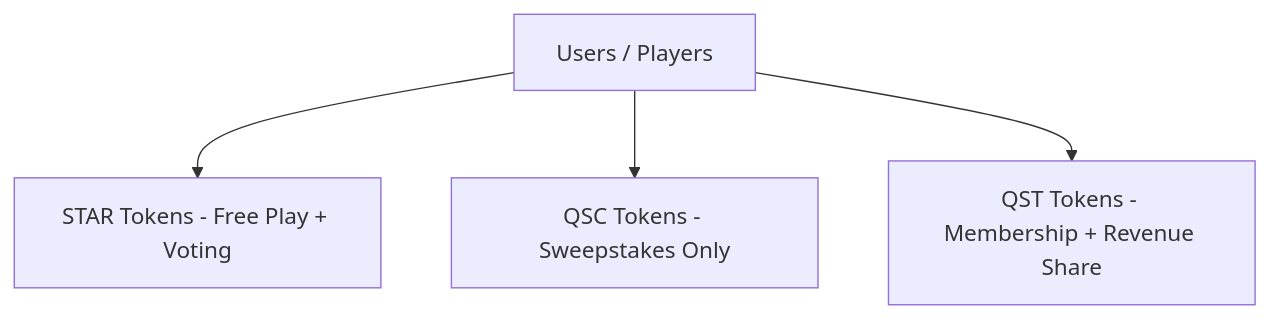
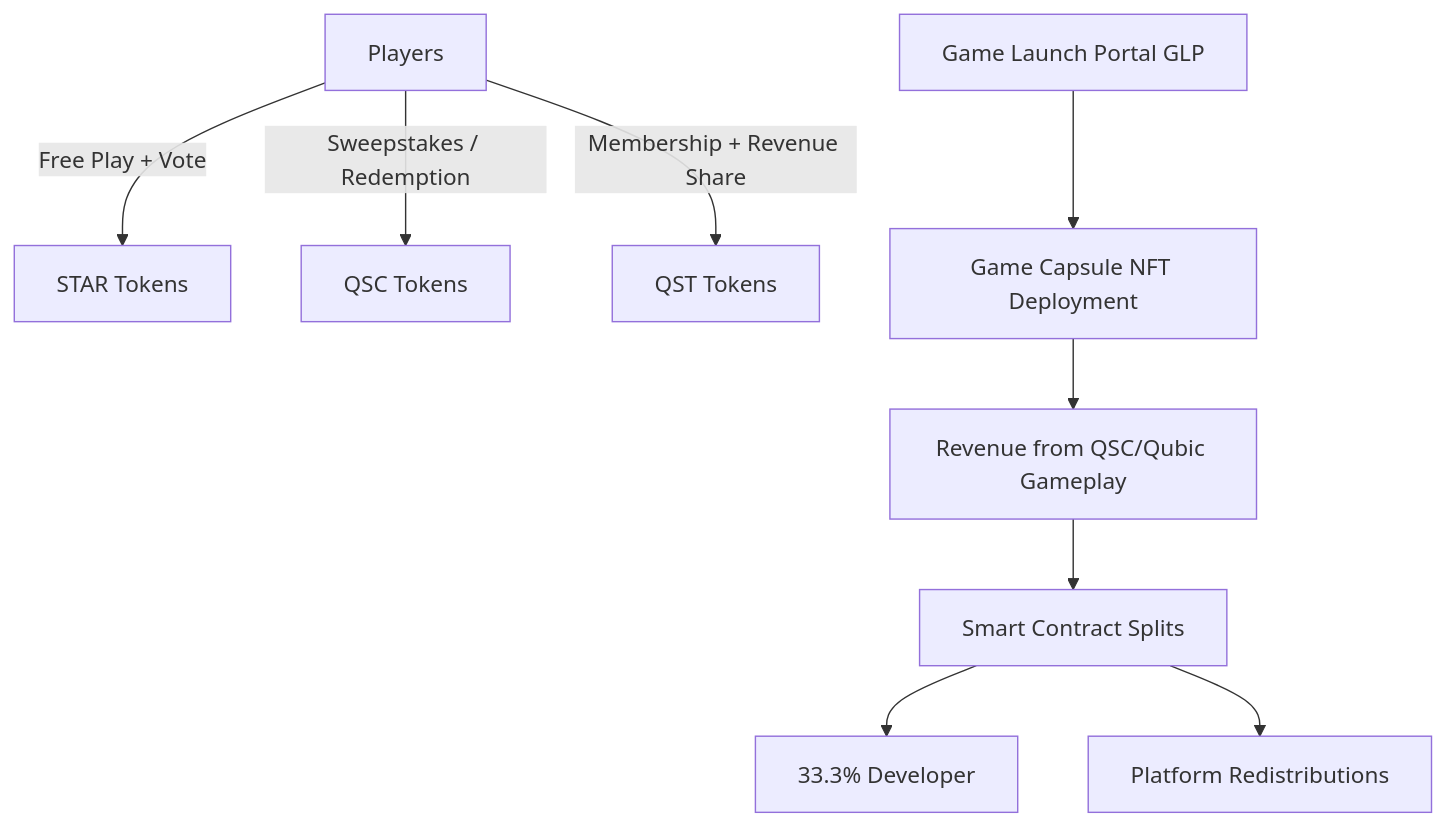
Before and after one commit to nineisten/qusino: the first of 3 diagrams in README.md, drawn with Mermaid. The commit also changed other lines of this file and 1 other file, not shown here.

````diff
--- a/README.md
+++ b/README.md
@@ -19,9 +42,11 @@
 ```mermaid
 flowchart TD
-    A[Users / Players] --> B[STAR Tokens - Free Play + Voting]
-    A --> C[QSC Tokens - Sweepstakes Only]
-    A --> D[QST Tokens - Membership + Revenue Share]
-
-
-
+    A[Players] -->|Free Play + Vote| B[STAR Tokens]
+    A -->|Sweepstakes / Redemption| C[QSC Tokens]
+    A -->|Membership + Revenue Share| D[QST Tokens]
+    E[Game Launch Portal GLP] --> F[Game Capsule NFT Deployment]
+    F --> G[Revenue from QSC/Qubic Gameplay]
+    G --> H[Smart Contract Splits]
+    H --> I[33.3% Developer]
+    H --> J[Platform Redistributions]
 ```
````
